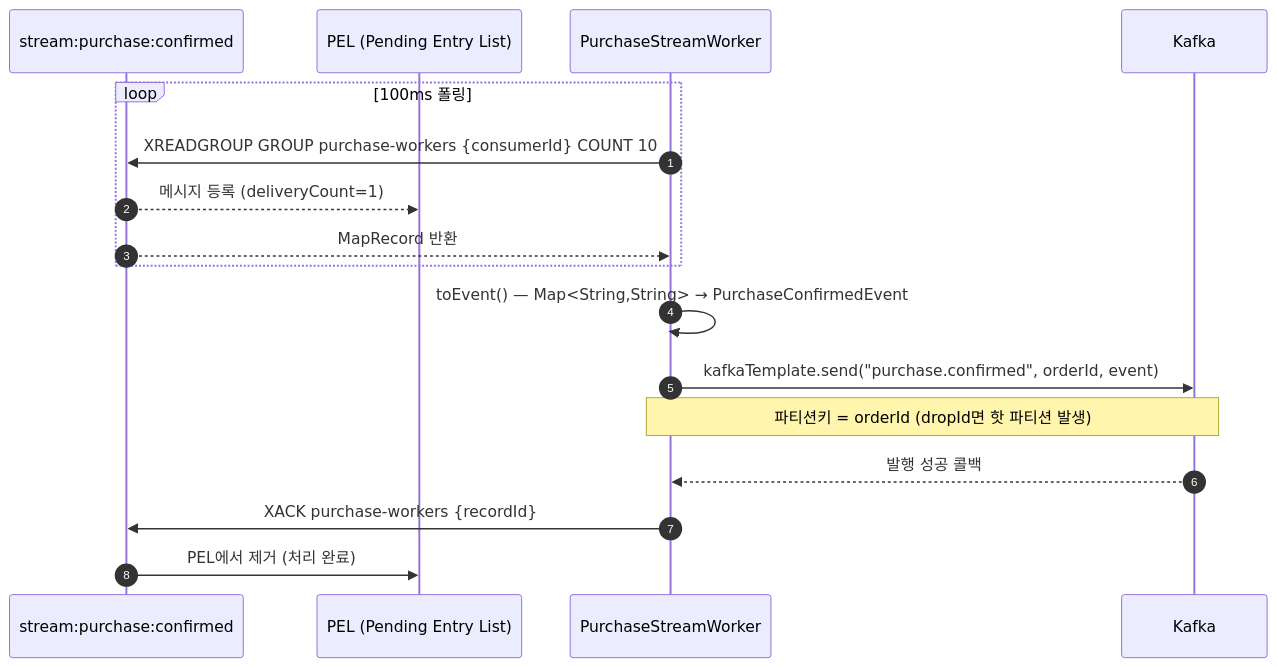
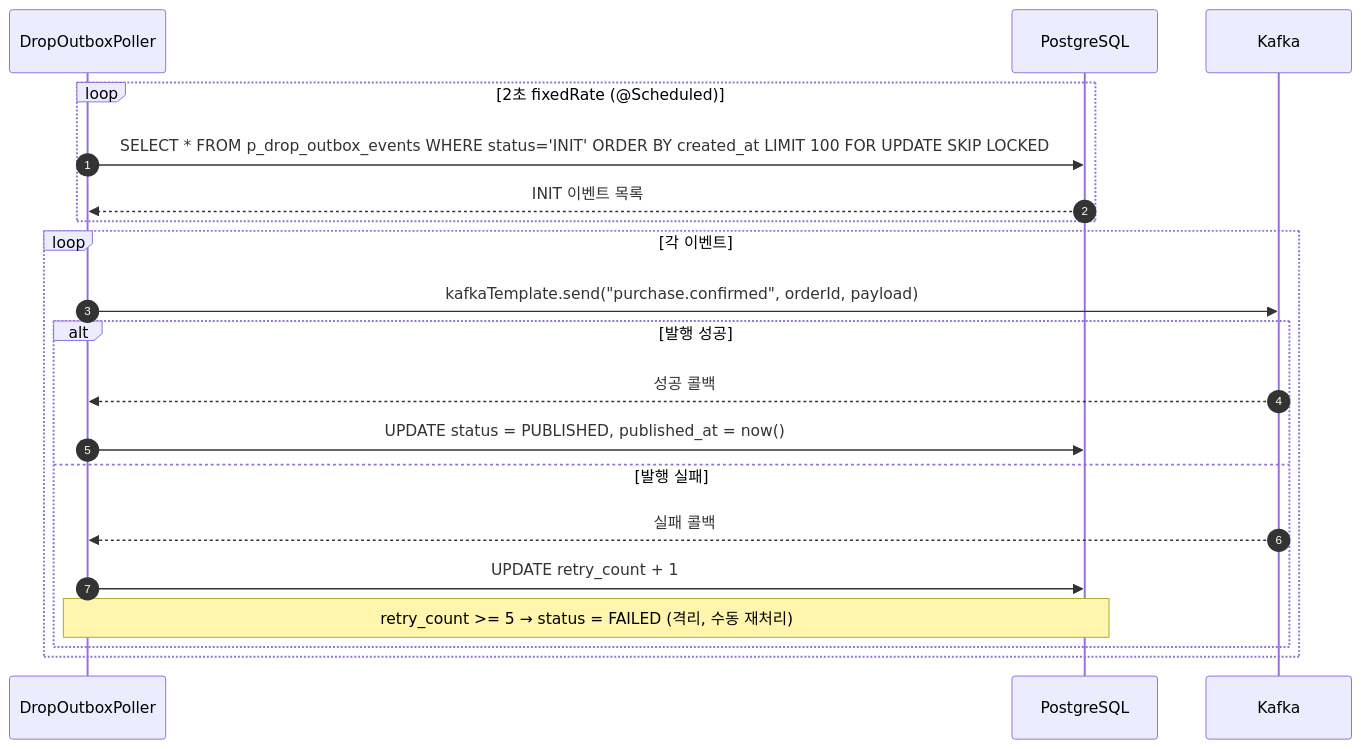
One commit to OMC-2/OMC changed diagram 21 of 29 in docs/08.sequence.md. Above: the diagram before and after it, drawn with Mermaid. The commit also changed other lines of this file and 8 other files, not shown here.

````diff
--- a/docs/08.sequence.md
+++ b/docs/08.sequence.md
@@ -688,24 +700,25 @@
 ```mermaid
 sequenceDiagram
     autonumber
-    participant Stream as stream:purchase:confirmed
-    participant PEL as PEL (Pending Entry List)
-    participant Worker as PurchaseStreamWorker
+    participant Poller as DropOutboxPoller
+    participant DB as PostgreSQL
     participant Kafka
 
-    loop 100ms 폴링
-        Worker->>Stream: XREADGROUP GROUP purchase-workers {consumerId} COUNT 10
-        Stream-->>PEL: 메시지 등록 (deliveryCount=1)
-        Stream-->>Worker: MapRecord 반환
+    loop 2초 fixedRate (@Scheduled)
+        Poller->>DB: SELECT * FROM p_drop_outbox_events WHERE status='INIT' ORDER BY created_at LIMIT 100 FOR UPDATE SKIP LOCKED
+        DB-->>Poller: INIT 이벤트 목록
     end
 
-    Worker->>Worker: toEvent() — Map<String,String> → PurchaseConfirmedEvent
+    loop 각 이벤트
+        Poller->>Kafka: kafkaTemplate.send("purchase.confirmed", orderId, payload)
 
-    Worker->>Kafka: kafkaTemplate.send("purchase.confirmed", orderId, event)
-    Note over Worker,Kafka: 파티션키 = orderId (dropId면 핫 파티션 발생)
-
-    Kafka-->>Worker: 발행 성공 콜백
-
-    Worker->>Stream: XACK purchase-workers {recordId}
-    Stream->>PEL: PEL에서 제거 (처리 완료)
+        alt 발행 성공
+            Kafka-->>Poller: 성공 콜백
+            Poller->>DB: UPDATE status = PUBLISHED, published_at = now()
+        else 발행 실패
+            Kafka-->>Poller: 실패 콜백
+            Poller->>DB: UPDATE retry_count + 1
+            Note over Poller,DB: retry_count >= 5 → status = FAILED (격리, 수동 재처리)
+        end
+    end
 ```
````
